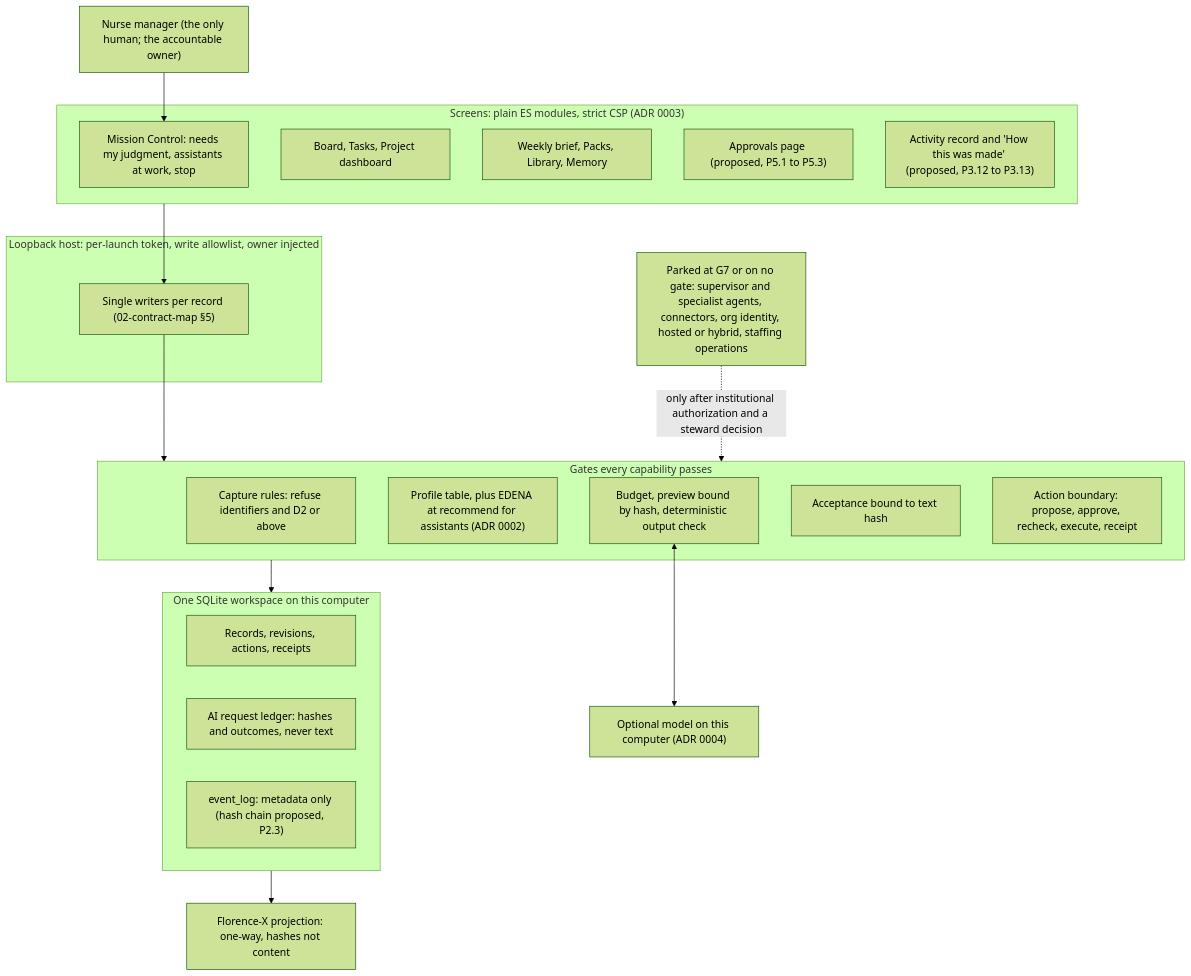
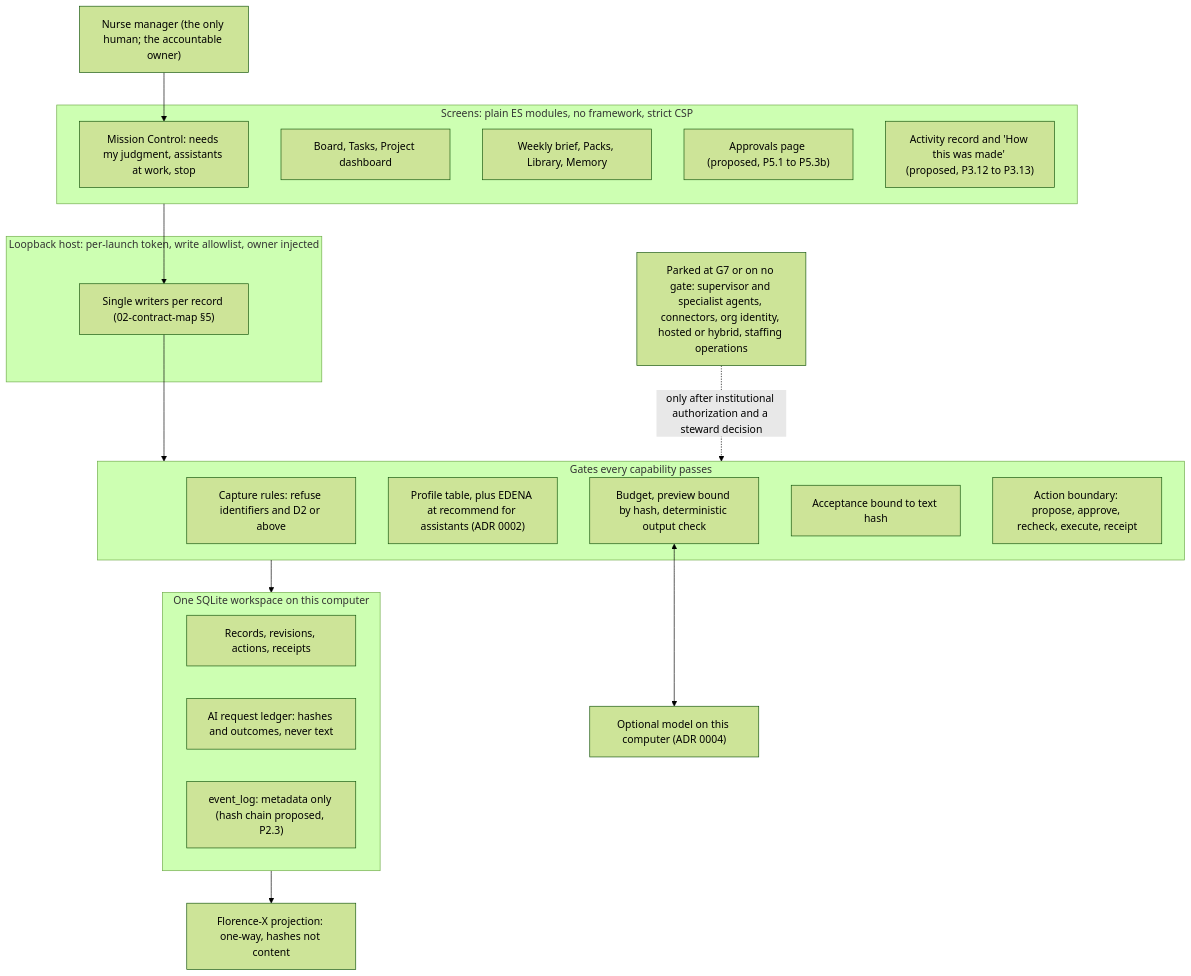
The diagram in nurse-manager/docs/06-architecture-direction.md (AI-Nurse-Solutions/ai-operating-system-heart-of-a-nurse), drawn with Mermaid (forest theme) before and after one commit. The commit also changed other lines of this file and 2 other files, not shown here.

First line of the commit message:
Architecture direction: apply the adversarial review of the draft

````diff
--- a/nurse-manager/docs/06-architecture-direction.md
+++ b/nurse-manager/docs/06-architecture-direction.md
@@ -139,42 +173,42 @@
 ```mermaid
 flowchart TD
     M["Nurse manager (the only human; the accountable owner)"]
 
-    subgraph UI["Screens: plain ES modules, strict CSP (ADR 0003)"]
+    subgraph UI["Screens: plain ES modules, no framework, strict CSP"]
         MC["Mission Control: needs my judgment, assistants at work, stop"]
         WK["Board, Tasks, Project dashboard"]
         BR["Weekly brief, Packs, Library, Memory"]
-        AP["Approvals page (proposed, P5.1 to P5.3)"]
+        AP["Approvals page (proposed, P5.1 to P5.3b)"]
         AR["Activity record and 'How this was made' (proposed, P3.12 to P3.13)"]
     end
 
     subgraph HOST["Loopback host: per-launch token, write allowlist, owner injected"]
         SV["Single writers per record (02-contract-map §5)"]
     end
 
     subgraph GATES["Gates every capability passes"]
         G1["Capture rules: refuse identifiers and D2 or above"]
         G2["Profile table, plus EDENA at recommend for assistants (ADR 0002)"]
         G3["Budget, preview bound by hash, deterministic output check"]
         G4["Acceptance bound to text hash"]
         G5["Action boundary: propose, approve, recheck, execute, receipt"]
     end
 
     subgraph DATA["One SQLite workspace on this computer"]
         R["Records, revisions, actions, receipts"]
         L["AI request ledger: hashes and outcomes, never text"]
         E["event_log: metadata only (hash chain proposed, P2.3)"]
     end
 
     LM["Optional model on this computer (ADR 0004)"]
     FX["Florence-X projection: one-way, hashes not content"]
     PARK["Parked at G7 or on no gate: supervisor and specialist agents, connectors, org identity, hosted or hybrid, staffing operations"]
 
     M --> MC
     UI --> SV
     SV --> GATES
     GATES --> DATA
     G3 <--> LM
     DATA --> FX
     PARK -.->|only after institutional authorization and a steward decision| GATES
 ```
````
